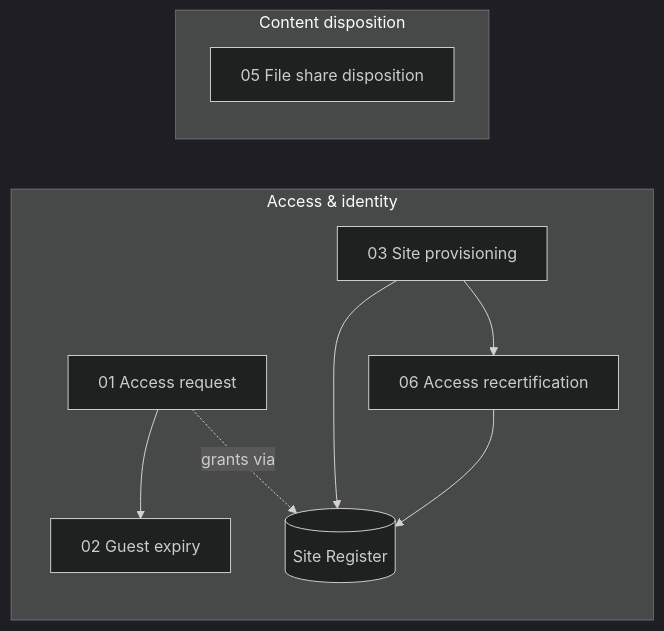
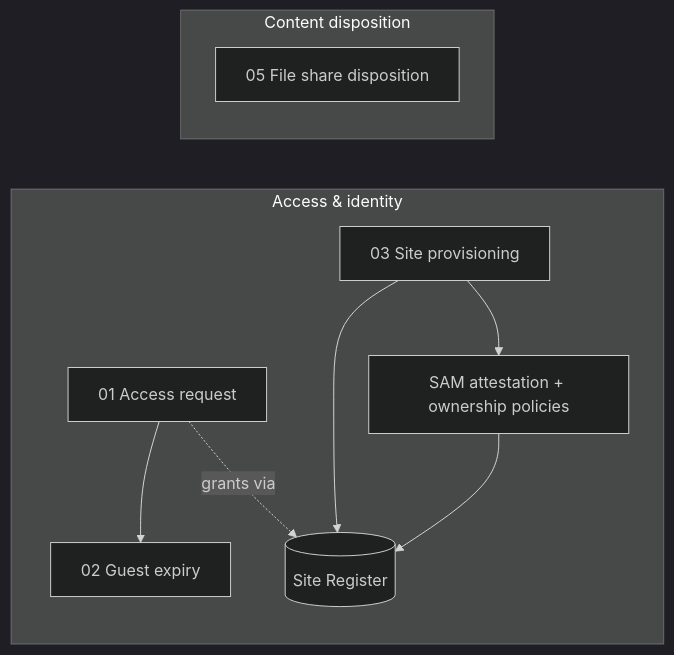
The first of 6 diagrams in solutions/SharePointGovernance/diagrams/governance-flows.md (flinty-isd/Projects-hub), drawn with Mermaid (dark theme) before and after one commit. The commit also changed other lines of this file and 9 other files, not shown here.

````diff
--- a/solutions/SharePointGovernance/diagrams/governance-flows.md
+++ b/solutions/SharePointGovernance/diagrams/governance-flows.md
@@ -12,13 +12,13 @@
 ```mermaid
 flowchart LR
   subgraph Access["Access & identity"]
     F1["01 Access request"] --> F2["02 Guest expiry"]
-    F3["03 Site provisioning"] --> F6["06 Access recertification"]
+    F3["03 Site provisioning"] --> F6["SAM attestation + ownership policies"]
     F1 -. grants via .-> SR[("Site Register")]
     F3 --> SR
     F6 --> SR
   end
   subgraph Content["Content disposition"]
     F5["05 File share disposition"]
   end
 ```
````
